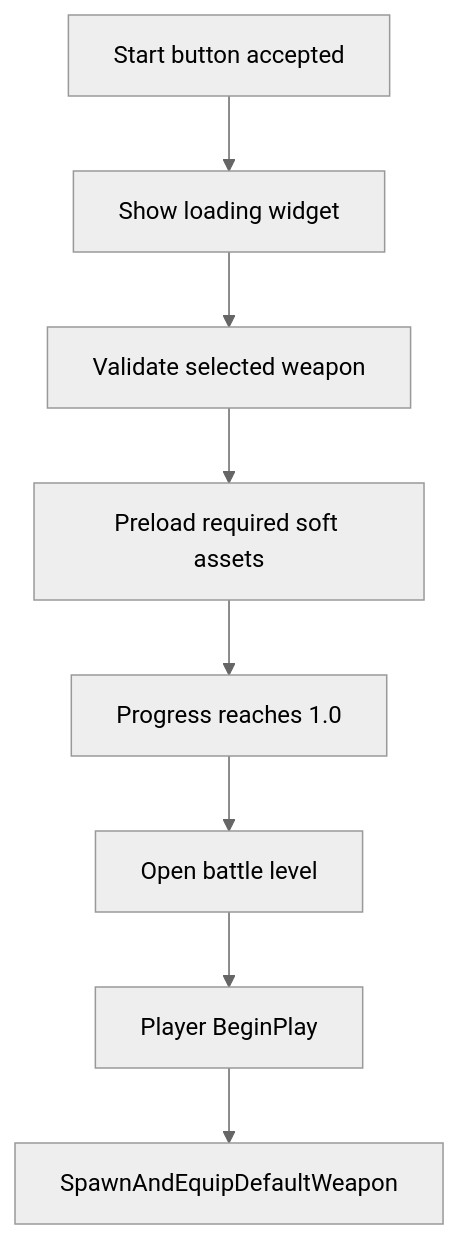
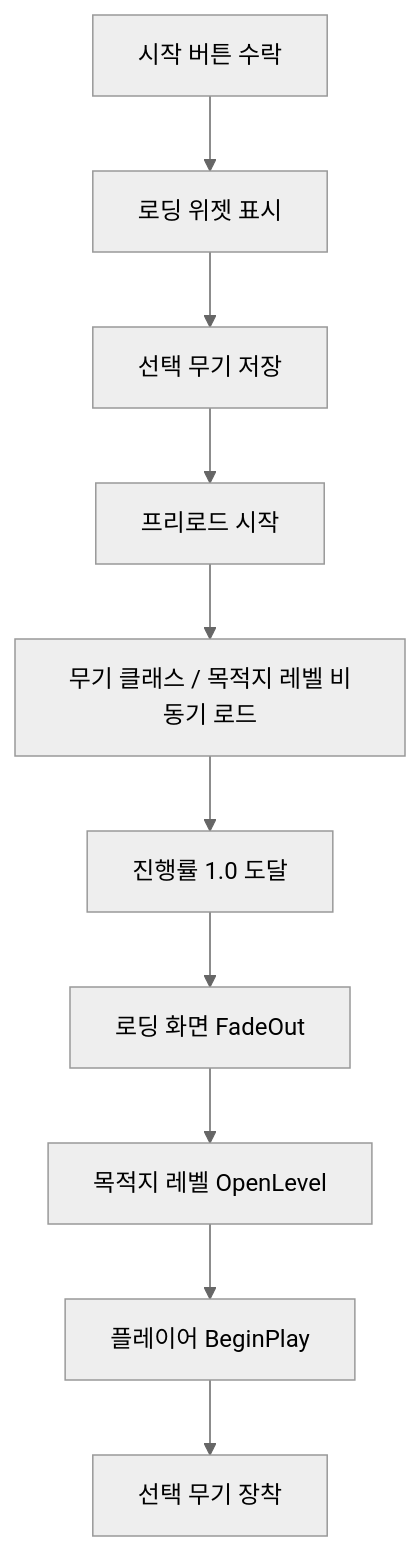
Before and after one commit to Username-YMIR/ProjectMHW: the seventh of 7 diagrams in Docs/Frontend_Menu_Loading_UML.md, drawn with Mermaid (neutral theme). The commit also changed other lines of this file and 13 other files, not shown here.

````diff
--- a/Docs/Frontend_Menu_Loading_UML.md
+++ b/Docs/Frontend_Menu_Loading_UML.md
@@ -150,10 +221,12 @@
 ```mermaid
 flowchart TD
-    A["Start button accepted"] --> B["Show loading widget"]
-    B --> C["Validate selected weapon"]
-    C --> D["Preload required soft assets"]
-    D --> E["Progress reaches 1.0"]
-    E --> F["Open battle level"]
-    F --> G["Player BeginPlay"]
-    G --> H["SpawnAndEquipDefaultWeapon"]
+    A["시작 버튼 수락"] --> B["로딩 위젯 표시"]
+    B --> C["선택 무기 저장"]
+    C --> D["프리로드 시작"]
+    D --> E["무기 클래스 / 목적지 레벨 비동기 로드"]
+    E --> F["진행률 1.0 도달"]
+    F --> G["로딩 화면 FadeOut"]
+    G --> H["목적지 레벨 OpenLevel"]
+    H --> I["플레이어 BeginPlay"]
+    I --> J["선택 무기 장착"]
 ```
````
